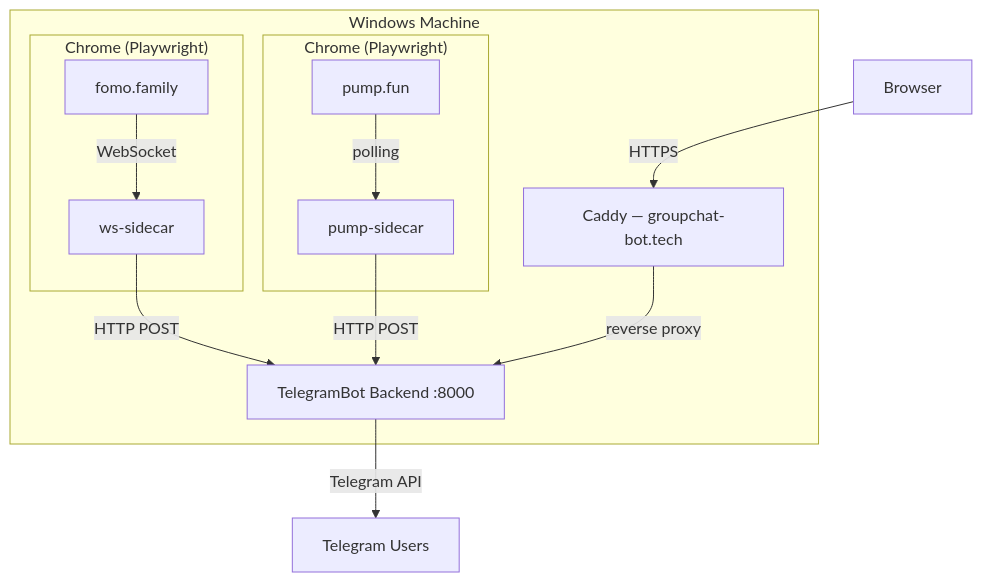
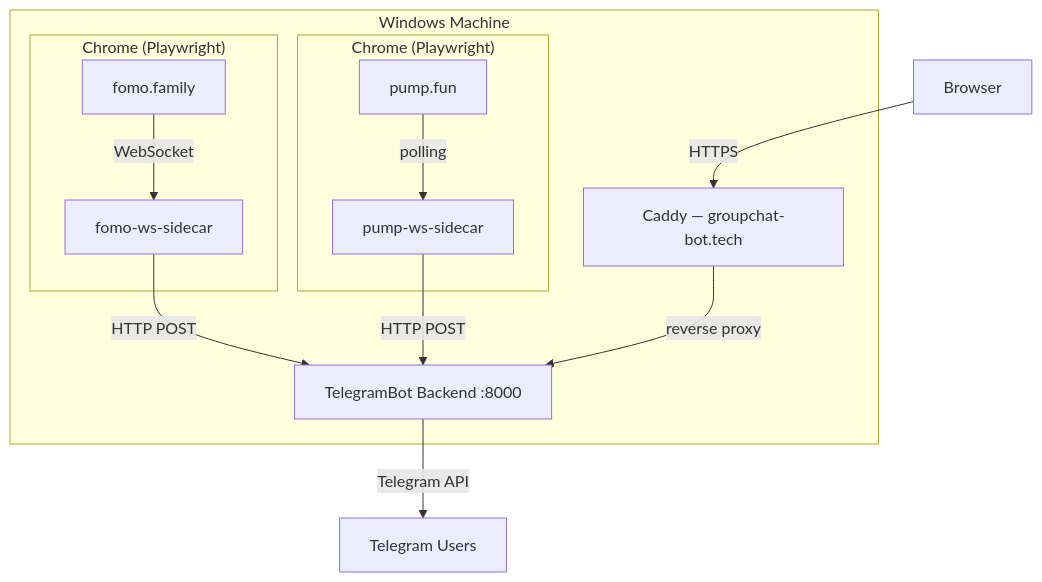
Before and after one commit to jfferreira97/fomofaster-ws: the diagram in README.md, drawn with Mermaid. The commit also changed other lines of this file and 28 other files, not shown here.

Commit message:
renamerename pump-sidecar => pump-ws-sidecar, ws-sidecar => fomo-ws-sidecar

````diff
--- a/README.md
+++ b/README.md
@@ -7,16 +7,16 @@
 ```mermaid
 flowchart TB
     subgraph Windows["Windows Machine"]
         subgraph ChromeWS["Chrome (Playwright)"]
-            FOMO["fomo.family"] -->|WebSocket| WsSidecar["ws-sidecar"]
+            FOMO["fomo.family"] -->|WebSocket| WsSidecar["fomo-ws-sidecar"]
         end
         subgraph ChromePump["Chrome (Playwright)"]
-            Pump["pump.fun"] -->|polling| PumpSidecar["pump-sidecar"]
+            Pump["pump.fun"] -->|polling| PumpSidecar["pump-ws-sidecar"]
         end
         WsSidecar -->|HTTP POST| Backend["TelegramBot Backend :8000"]
         PumpSidecar -->|HTTP POST| Backend
         Caddy["Caddy — groupchat-bot.tech"] -->|reverse proxy| Backend
     end
     Backend -->|Telegram API| Telegram["Telegram Users"]
     Browser["Browser"] -->|HTTPS| Caddy
 ```
````
